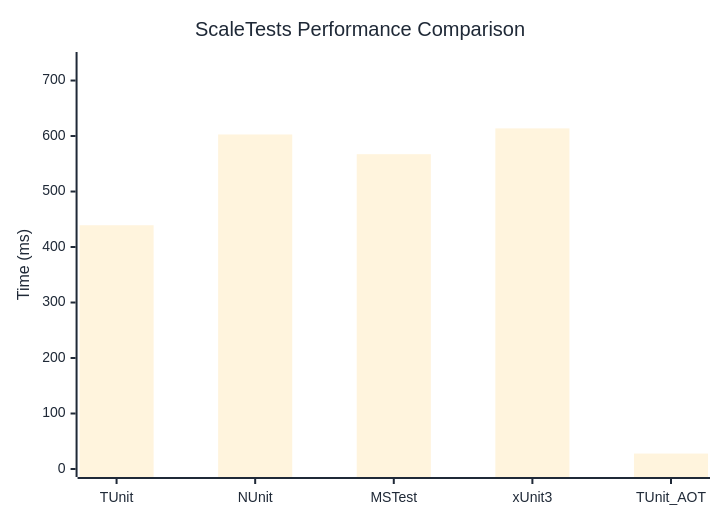
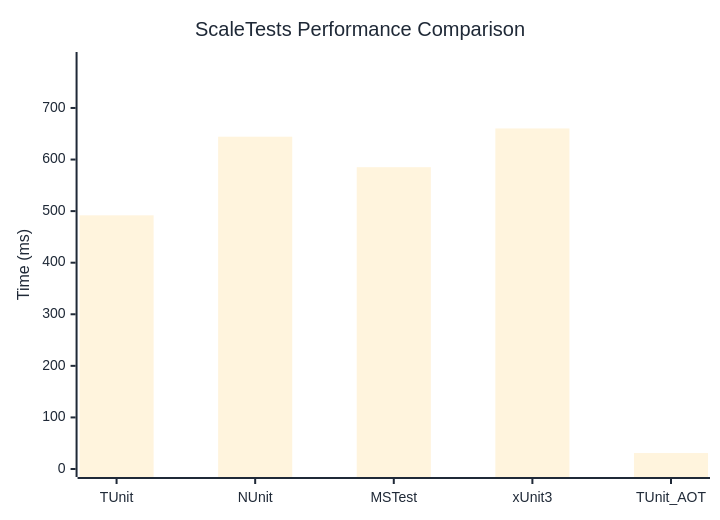
Before and after one commit to thomhurst/TUnit: the diagram in docs/docs/benchmarks/ScaleTests.md, drawn with Mermaid. The commit also changed other lines of this file and 17 other files, not shown here.

````diff
--- a/docs/docs/benchmarks/ScaleTests.md
+++ b/docs/docs/benchmarks/ScaleTests.md
@@ -27,37 +27,37 @@
 ```mermaid
 %%{init: {
   'theme':'base',
   'themeVariables': {
     'primaryColor': '#2563eb',
     'primaryTextColor': '#1f2937',
     'primaryBorderColor': '#1e40af',
     'lineColor': '#6b7280',
     'secondaryColor': '#7c3aed',
     'tertiaryColor': '#dc2626',
     'background': '#ffffff',
     'mainBkg': '#2563eb',
     'secondBkg': '#7c3aed',
     'tertiaryBkg': '#dc2626',
     'clusterBkg': '#f3f4f6',
     'edgeLabelBackground': '#ffffff',
     'tertiaryTextColor': '#1f2937',
     'pie1': '#2563eb',
     'pie2': '#7c3aed',
     'pie3': '#dc2626',
     'pie4': '#f59e0b',
     'pie5': '#10b981',
     'pie6': '#06b6d4',
     'pie7': '#ec4899',
     'pie8': '#6366f1',
     'pie9': '#84cc16',
     'pie10': '#f97316',
     'pie11': '#14b8a6',
     'pie12': '#a855f7'
   }
 }}%%
 xychart-beta
   title "ScaleTests Performance Comparison"
   x-axis ["TUnit", "NUnit", "MSTest", "xUnit3", "TUnit_AOT"]
-  y-axis "Time (ms)" 0 --> 737
-  bar [439.23, 602.81, 567.28, 613.76, 27.81]
+  y-axis "Time (ms)" 0 --> 793
+  bar [491.83, 644.26, 585.2, 660.3, 30.91]
 ```
````
